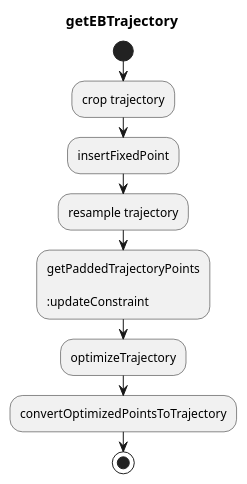
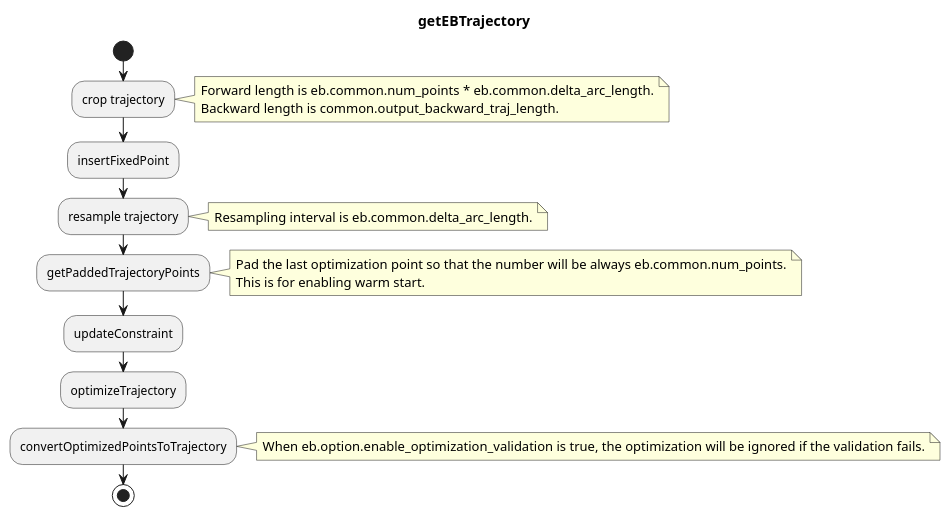
The diagram in planning/obstacle_avoidance_planner/docs/eb.md (autowarefoundation/autoware.universe), drawn with PlantUML before and after one commit. The commit also changed other lines of this file and 6 other files, not shown here.

````diff
--- a/planning/obstacle_avoidance_planner/docs/eb.md
+++ b/planning/obstacle_avoidance_planner/docs/eb.md
@@ -13,22 +13,36 @@
 ```plantuml
 @startuml
 title getEBTrajectory
 start
 
 :crop trajectory;
+note right
+Forward length is eb.common.num_points * eb.common.delta_arc_length.
+Backward length is common.output_backward_traj_length.
+end note
 
 :insertFixedPoint;
 
 :resample trajectory;
+note right
+Resampling interval is eb.common.delta_arc_length.
+end note
 
-:getPaddedTrajectoryPoints
+:getPaddedTrajectoryPoints;
+note right
+Pad the last optimization point so that the number will be always eb.common.num_points.
+This is for enabling warm start.
+end note
 
 :updateConstraint;
 
 :optimizeTrajectory;
 
 :convertOptimizedPointsToTrajectory;
+note right
+When eb.option.enable_optimization_validation is true, the optimization will be ignored if the validation fails.
+end note
 
 stop
 @enduml
 ```
````
